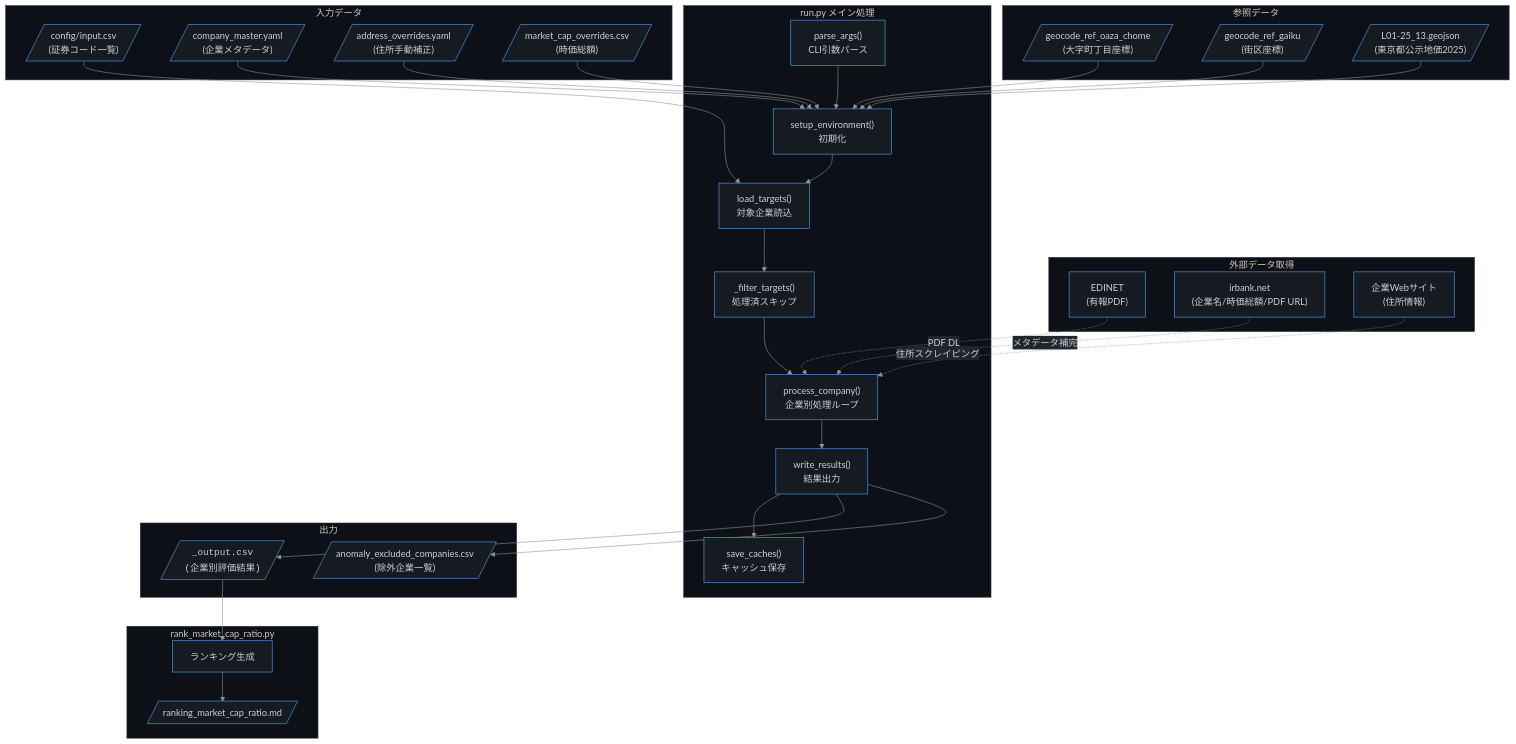
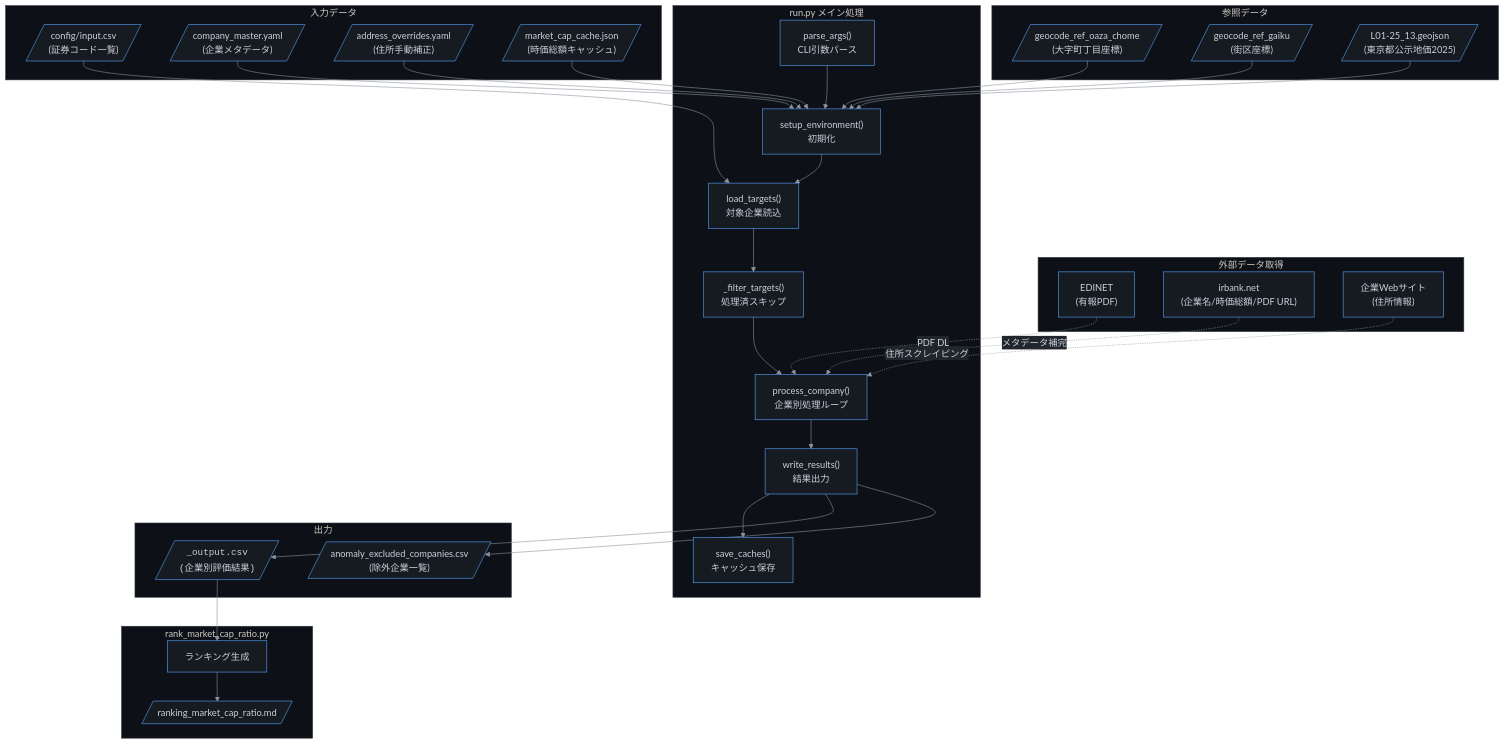
Before and after one commit to expgolemclone/land_value_research: the first of 12 diagrams in docs/ARCHITECTURE.md, drawn with Mermaid. The commit also changed 3 other files, not shown here.

First line of the commit message:
Remove market_cap_overrides.csv and load_market_caps()

````diff
--- a/docs/ARCHITECTURE.md
+++ b/docs/ARCHITECTURE.md
@@ -9,61 +9,61 @@
 ```mermaid
 %%{init: {"theme":"base","themeVariables":{"background":"#0d1117","primaryColor":"#161b22","primaryTextColor":"#c9d1d9","primaryBorderColor":"#58a6ff","secondaryColor":"#21262d","tertiaryColor":"#30363d","lineColor":"#8b949e","clusterBkg":"#0d1117","clusterBorder":"#30363d"}}}%%
 flowchart TB
     subgraph INPUT["入力データ"]
         CSV[/"config/input.csv<br>(証券コード一覧)"/]
         YAML1[/"company_master.yaml<br>(企業メタデータ)"/]
         YAML2[/"address_overrides.yaml<br>(住所手動補正)"/]
-        MCAP[/"market_cap_overrides.csv<br>(時価総額)"/]
+        MCAP[/"market_cap_cache.json<br>(時価総額キャッシュ)"/]
     end
 
     subgraph REF["参照データ"]
         GEO_OAZA[/"geocode_ref_oaza_chome<br>(大字町丁目座標)"/]
         GEO_GAIKU[/"geocode_ref_gaiku<br>(街区座標)"/]
         LANDPRICE[/"L01-25_13.geojson<br>(東京都公示地価2025)"/]
     end
 
     subgraph EXTERNAL["外部データ取得"]
         EDINET["EDINET<br>(有報PDF)"]
         IRBANK["irbank.net<br>(企業名/時価総額/PDF URL)"]
         WEB["企業Webサイト<br>(住所情報)"]
     end
 
     subgraph MAIN["run.py メイン処理"]
         PARSE["parse_args()<br>CLI引数パース"]
         SETUP["setup_environment()<br>初期化"]
         LOAD["load_targets()<br>対象企業読込"]
         FILTER["_filter_targets()<br>処理済スキップ"]
         LOOP["process_company()<br>企業別処理ループ"]
         WRITE["write_results()<br>結果出力"]
         SAVE["save_caches()<br>キャッシュ保存"]
     end
 
     subgraph OUTPUT["出力"]
         OUT_CSV[/"<code>_output.csv<br>(企業別評価結果)"/]
         EXCL_CSV[/"anomaly_excluded_companies.csv<br>(除外企業一覧)"/]
     end
 
     subgraph RANK["rank_market_cap_ratio.py"]
         RANK_PROC["ランキング生成"]
         RANK_MD[/"ranking_market_cap_ratio.md"/]
     end
 
     CSV --> LOAD
     YAML1 --> SETUP
     YAML2 --> SETUP
     MCAP --> SETUP
     GEO_OAZA --> SETUP
     GEO_GAIKU --> SETUP
     LANDPRICE --> SETUP
 
     EDINET -.->|PDF DL| LOOP
     IRBANK -.->|メタデータ補完| LOOP
     WEB -.->|住所スクレイピング| LOOP
 
     PARSE --> SETUP --> LOAD --> FILTER --> LOOP --> WRITE --> SAVE
     WRITE --> OUT_CSV
     WRITE --> EXCL_CSV
 
     OUT_CSV --> RANK_PROC
     RANK_PROC --> RANK_MD
 ```
````
